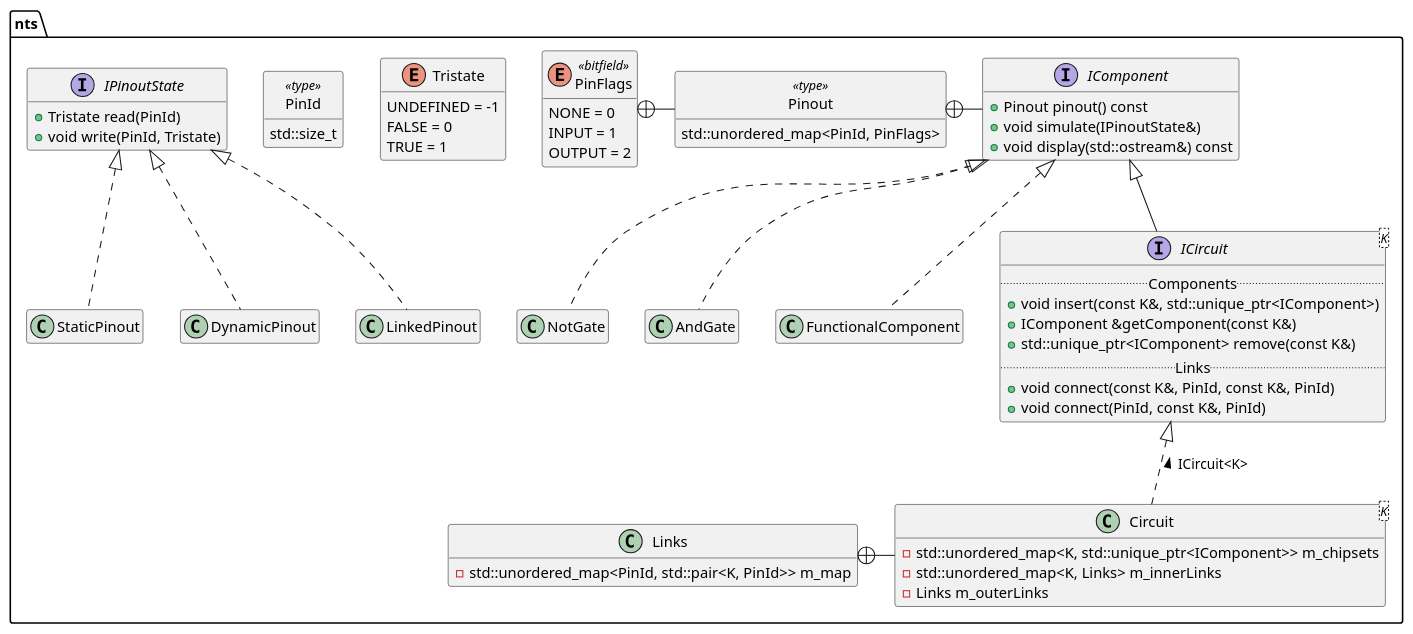
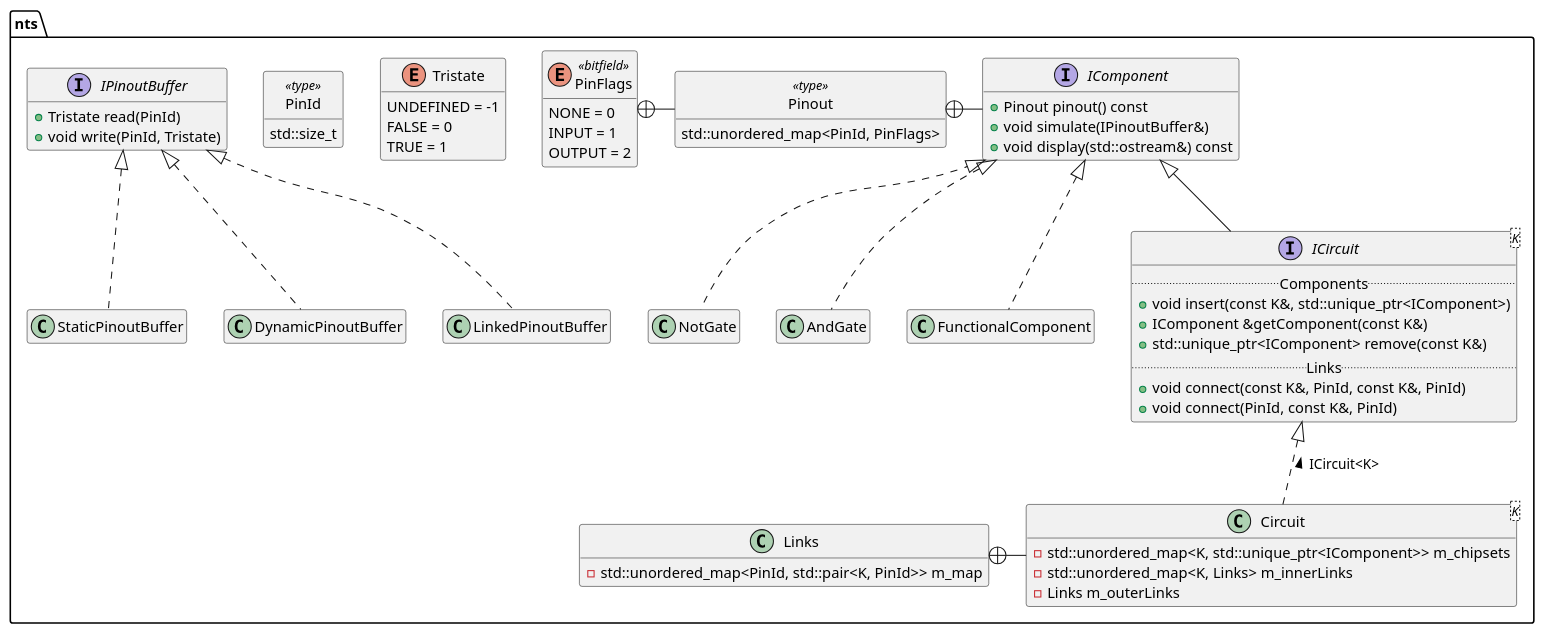
One commit to nasso/nano changed the diagram in docs/nts.puml. Above: the diagram before and after it, drawn with PlantUML. The commit also changed 1 other file, not shown here.

Commit message:
Rename Pinout classes

```diff
--- a/docs/nts.puml
+++ b/docs/nts.puml
@@ -1,72 +1,72 @@
 @startuml NanoTekSpice
 
 set namespaceSeparator ::
 hide empty members
 hide <<type>> circle
 
 namespace nts {
 
 enum Tristate {
     UNDEFINED = -1
     FALSE = 0
     TRUE = 1
 }
 
 class PinId <<type>> {
     std::size_t
 }
 
-interface IPinoutState {
+interface IPinoutBuffer {
     + Tristate read(PinId)
     + void write(PinId, Tristate)
 }
-IPinoutState <|.. StaticPinout
-IPinoutState <|.. DynamicPinout
-IPinoutState <|.. LinkedPinout
+IPinoutBuffer <|.. StaticPinoutBuffer
+IPinoutBuffer <|.. DynamicPinoutBuffer
+IPinoutBuffer <|.. LinkedPinoutBuffer
 
 enum PinFlags <<bitfield>> {
     NONE = 0
     INPUT = 1
     OUTPUT = 2
 }
 
 class Pinout <<type>> {
     std::unordered_map<PinId, PinFlags>
 }
 PinFlags +- Pinout
 
 interface IComponent {
     + Pinout pinout() const
-    + void simulate(IPinoutState&)
+    + void simulate(IPinoutBuffer&)
     + void display(std::ostream&) const
 }
 Pinout +- IComponent
 IComponent <|.. NotGate
 IComponent <|.. AndGate
 IComponent <|.. FunctionalComponent
 
 interface ICircuit<K> {
     .. Components ..
     + void insert(const K&, std::unique_ptr<IComponent>)
     + IComponent &getComponent(const K&)
     + std::unique_ptr<IComponent> remove(const K&)
     .. Links ..
     + void connect(const K&, PinId, const K&, PinId)
     + void connect(PinId, const K&, PinId)
 }
 IComponent <|-- ICircuit
 
 ' Example classes
 class Links {
     - std::unordered_map<PinId, std::pair<K, PinId>> m_map
 }
 
 class Circuit<K> {
     - std::unordered_map<K, std::unique_ptr<IComponent>> m_chipsets
     - std::unordered_map<K, Links> m_innerLinks
     - Links m_outerLinks
 }
 Links +- Circuit
 ICircuit <|.. Circuit : < ICircuit<K>
 
 @enduml
```
